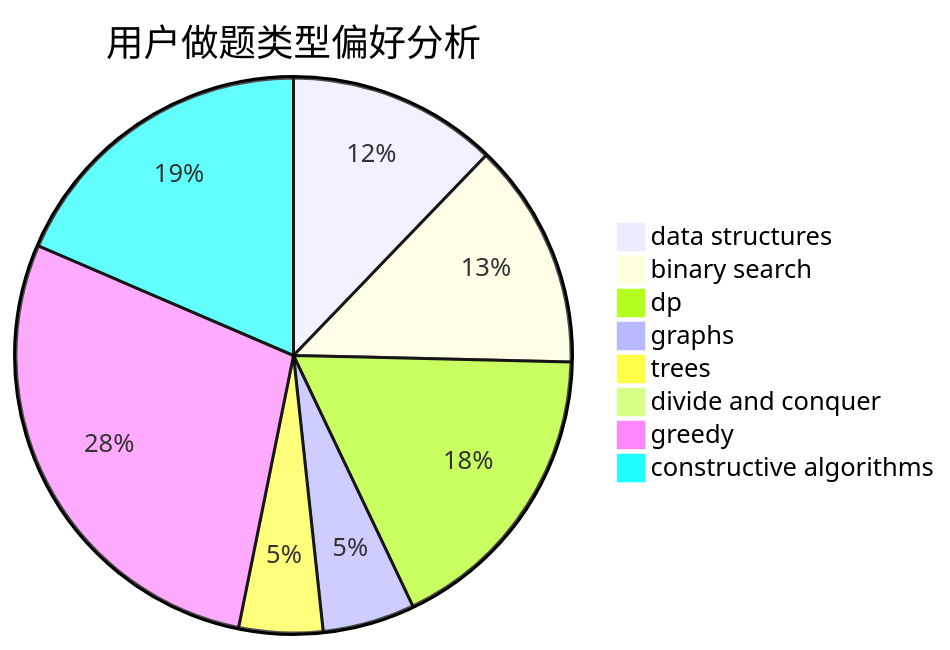
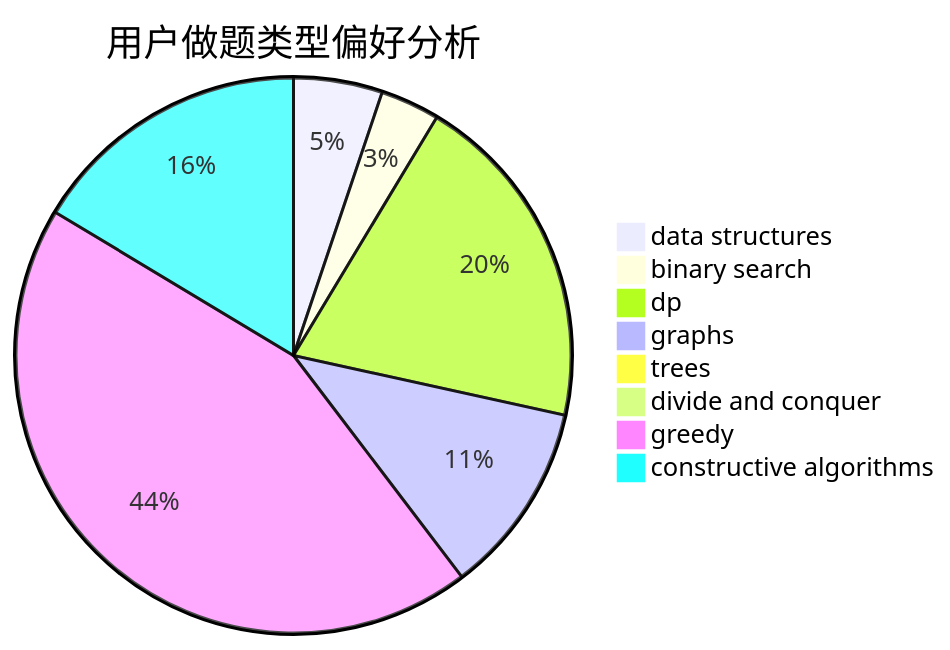
The second of 3 diagrams in docs/user/u1187.md (sherpahu/cfrs.github.io), drawn with Mermaid before and after one commit. The commit also changed other lines of this file and 2770 other files, not shown here.

````diff
--- a/docs/user/u1187.md
+++ b/docs/user/u1187.md
@@ -23,11 +23,11 @@
 ```mermaid
 pie title 用户做题类型偏好分析
-    "data structures" :  25
-    "binary search" :  27
-    "dp" :  36
-    "graphs" :  11
-    "trees" :  10
+    "data structures" :  6
+    "binary search" :  4
+    "dp" :  23
+    "graphs" :  13
+    "trees" :  0
     "divide and conquer" :  0
-    "greedy" :  58
-    "constructive algorithms" :  38
+    "greedy" :  51
+    "constructive algorithms" :  19
 ```
````
